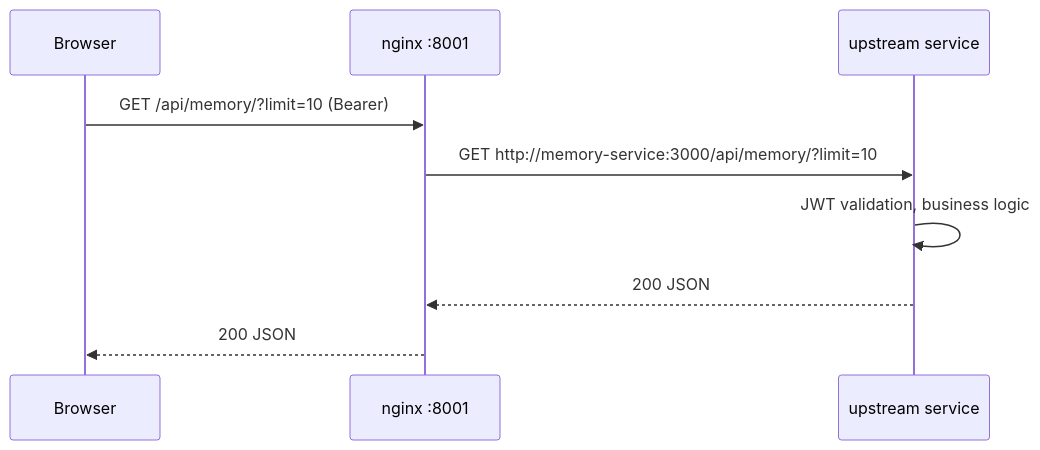
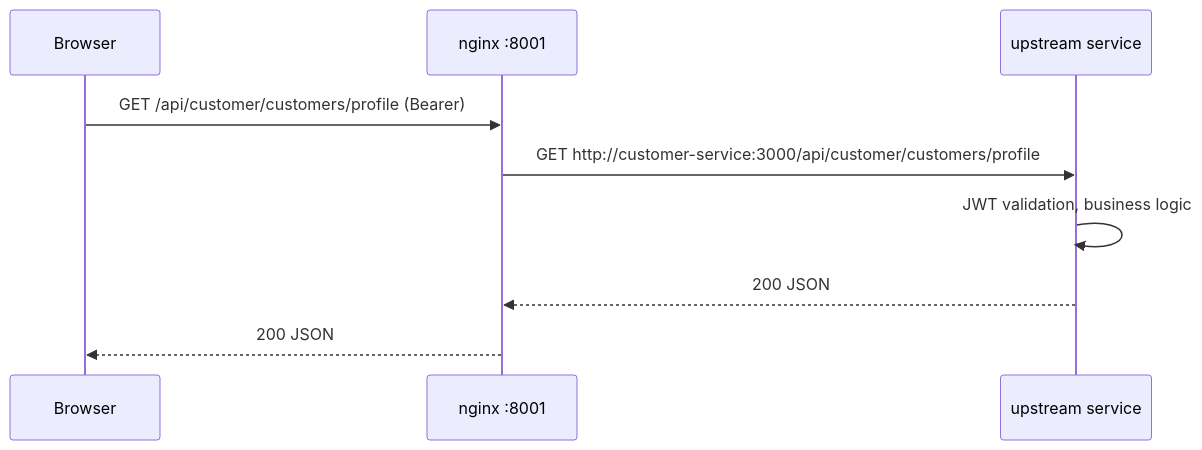
The second of 2 diagrams in services/api-gateway/README.md (master-node1/the-aura-lab), drawn with Mermaid before and after one commit. The commit also changed other lines of this file and 118 other files, not shown here.

````diff
--- a/services/api-gateway/README.md
+++ b/services/api-gateway/README.md
@@ -71,11 +60,11 @@
 ```mermaid
 sequenceDiagram
     participant B as Browser
     participant N as nginx :8001
     participant S as upstream service
-    B->>N: GET /api/memory/?limit=10 (Bearer)
-    N->>S: GET http://memory-service:3000/api/memory/?limit=10
+    B->>N: GET /api/customer/customers/profile (Bearer)
+    N->>S: GET http://customer-service:3000/api/customer/customers/profile
     S->>S: JWT validation, business logic
     S-->>N: 200 JSON
     N-->>B: 200 JSON
 ```
````
